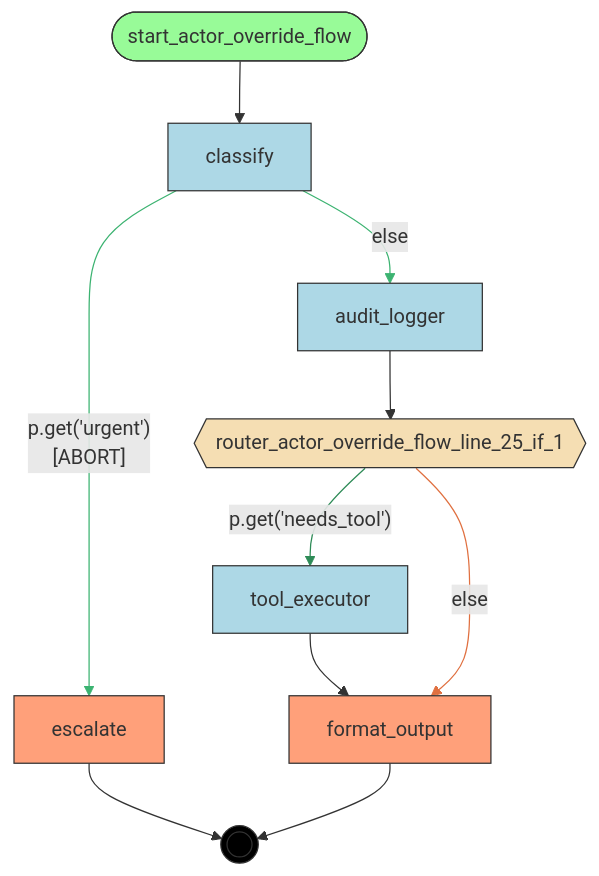
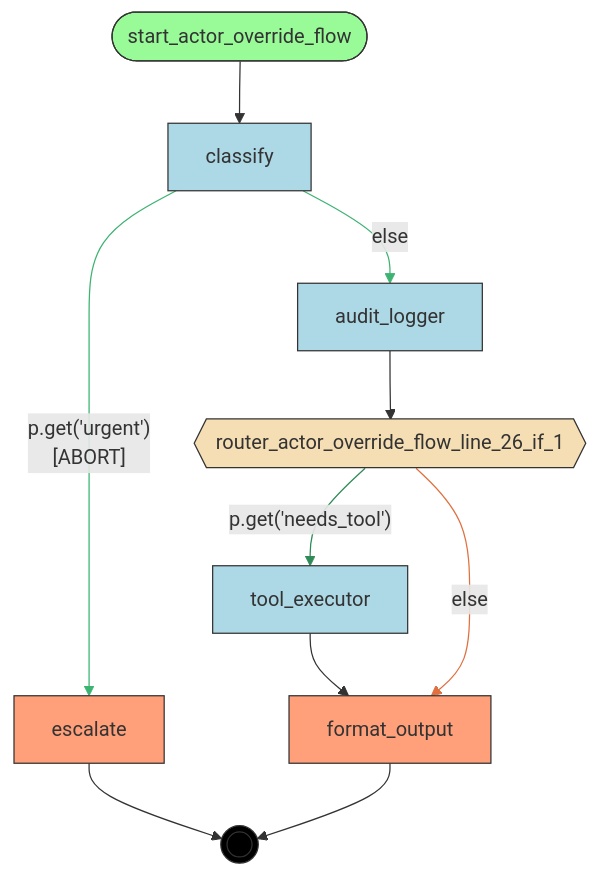
Before and after one commit to deliveryhero/asya: the diagram in examples/flows/agentic/compiled/actor_override_routing/flow.mmd, drawn with Mermaid. The commit also changed 1203 other files, not shown here.

```diff
--- a/examples/flows/agentic/compiled/actor_override_routing/flow.mmd
+++ b/examples/flows/agentic/compiled/actor_override_routing/flow.mmd
@@ -1,36 +1,36 @@
 flowchart TD
     %% Flow: actor_override_flow
 
     audit_logger[audit_logger]
     classify[classify]
     escalate[escalate]
     format_output[format_output]
-    router_actor_override_flow_line_25_if_1{{router_actor_override_flow_line_25_if_1}}
+    router_actor_override_flow_line_26_if_1{{router_actor_override_flow_line_26_if_1}}
     start_actor_override_flow([start_actor_override_flow])
     tool_executor[tool_executor]
     __end__((( )))
 
     start_actor_override_flow --> classify
-    router_actor_override_flow_line_25_if_1 -->|"p.get('needs_tool')"| tool_executor
+    router_actor_override_flow_line_26_if_1 -->|"p.get('needs_tool')"| tool_executor
     tool_executor --> format_output
-    router_actor_override_flow_line_25_if_1 -->|"else"| format_output
+    router_actor_override_flow_line_26_if_1 -->|"else"| format_output
     classify -->|"p.get('urgent')
 [ABORT]"| escalate
     classify -->|"else"| audit_logger
-    audit_logger --> router_actor_override_flow_line_25_if_1
+    audit_logger --> router_actor_override_flow_line_26_if_1
     escalate --> __end__
     format_output --> __end__
 
     classDef start fill:#98FB98,stroke:#333
     classDef endnode fill:#FFA07A,stroke:#333
     classDef router fill:#F5DEB3,stroke:#333
     classDef handler fill:#ADD8E6,stroke:#333
     classDef endpoint fill:#000,stroke:#333,color:#fff
     class start_actor_override_flow start
     class escalate,format_output endnode
-    class router_actor_override_flow_line_25_if_1 router
+    class router_actor_override_flow_line_26_if_1 router
     class audit_logger,classify,tool_executor handler
     class __end__ endpoint
     linkStyle 1 stroke:#2E8B57
     linkStyle 3 stroke:#E07040
     linkStyle 4,5 stroke:#3CB371
```
